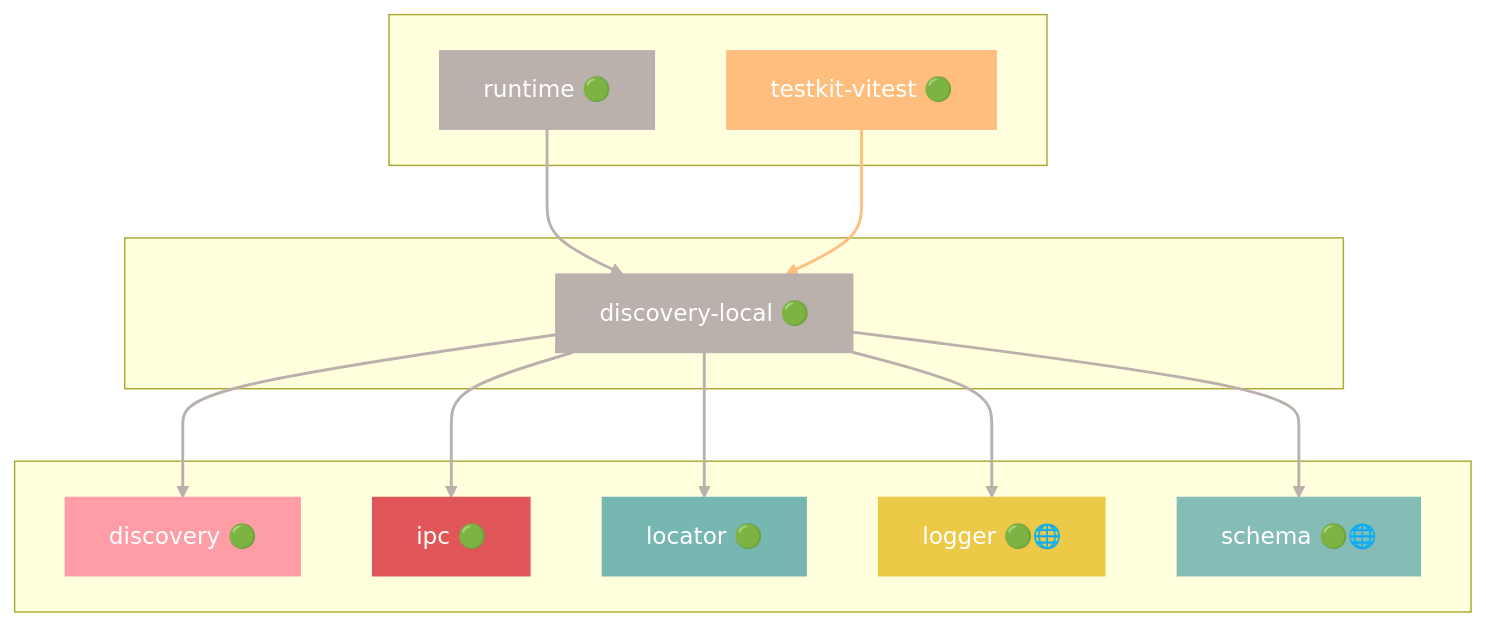
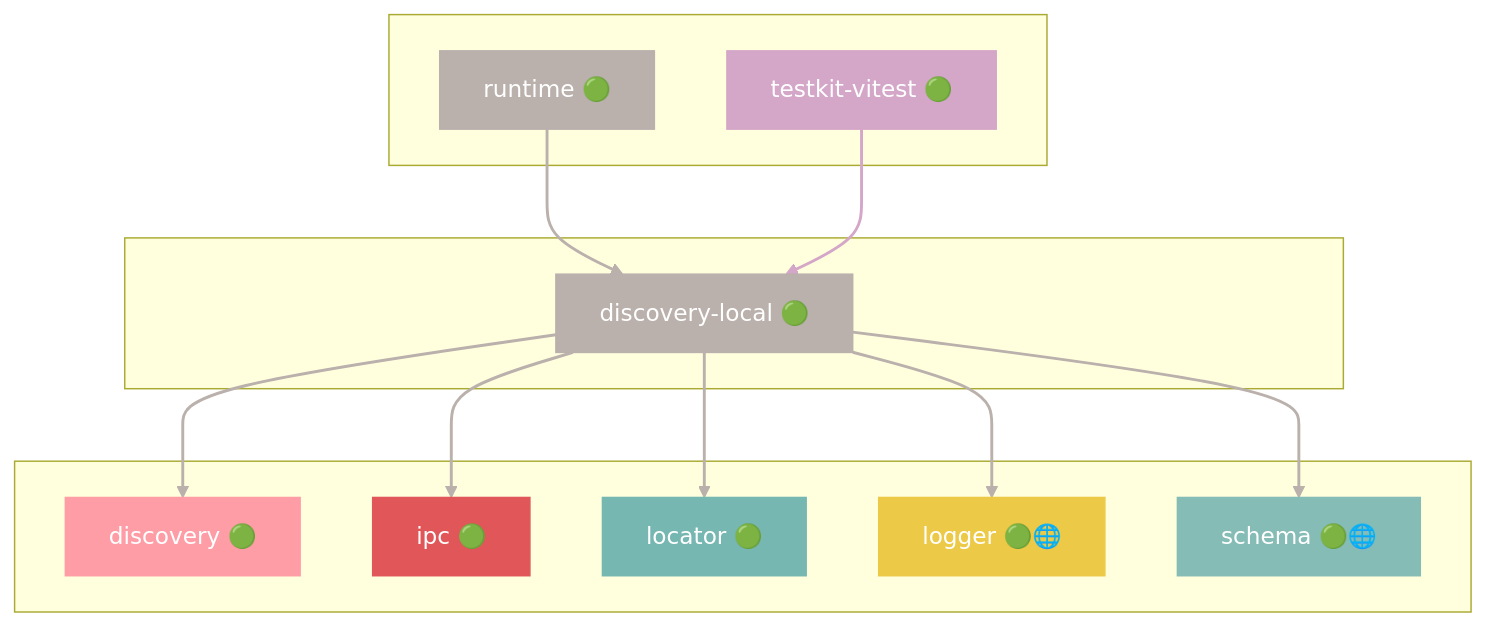
Diagram 11 of 41 in docs/DEPENDENCIES.md (grest-ts/grest-ts), drawn with Mermaid before and after one commit. The commit also changed other lines of this file and 31 other files, not shown here.

````diff
--- a/docs/DEPENDENCIES.md
+++ b/docs/DEPENDENCIES.md
@@ -701,39 +703,39 @@
 ```mermaid
 flowchart TB
     subgraph Dependents[" "]
         runtime["runtime 🟢"]
         testkit-vitest["testkit-vitest 🟢"]
     end
     subgraph Package[" "]
         discovery-local["discovery-local 🟢"]
     end
     subgraph Dependencies[" "]
         discovery["discovery 🟢"]
         ipc["ipc 🟢"]
         locator["locator 🟢"]
         logger["logger 🟢🌐"]
         schema["schema 🟢🌐"]
     end
     runtime --> discovery-local
     testkit-vitest --> discovery-local
     discovery-local --> discovery
     discovery-local --> ipc
     discovery-local --> locator
     discovery-local --> logger
     discovery-local --> schema
     style discovery-local fill:#BAB0AC,stroke:#BAB0AC,color:#fff
     style runtime fill:#BAB0AC,stroke:#BAB0AC,color:#fff
-    style testkit-vitest fill:#FFBE7D,stroke:#FFBE7D,color:#fff
+    style testkit-vitest fill:#D4A6C8,stroke:#D4A6C8,color:#fff
     style discovery fill:#FF9DA7,stroke:#FF9DA7,color:#fff
     style ipc fill:#E15759,stroke:#E15759,color:#fff
     style locator fill:#76B7B2,stroke:#76B7B2,color:#fff
     style logger fill:#EDC948,stroke:#EDC948,color:#fff
     style schema fill:#86BCB6,stroke:#86BCB6,color:#fff
     linkStyle 0 stroke:#BAB0AC,stroke-width:2px
-    linkStyle 1 stroke:#FFBE7D,stroke-width:2px
+    linkStyle 1 stroke:#D4A6C8,stroke-width:2px
     linkStyle 2 stroke:#BAB0AC,stroke-width:2px
     linkStyle 3 stroke:#BAB0AC,stroke-width:2px
     linkStyle 4 stroke:#BAB0AC,stroke-width:2px
     linkStyle 5 stroke:#BAB0AC,stroke-width:2px
     linkStyle 6 stroke:#BAB0AC,stroke-width:2px
 ```
````
